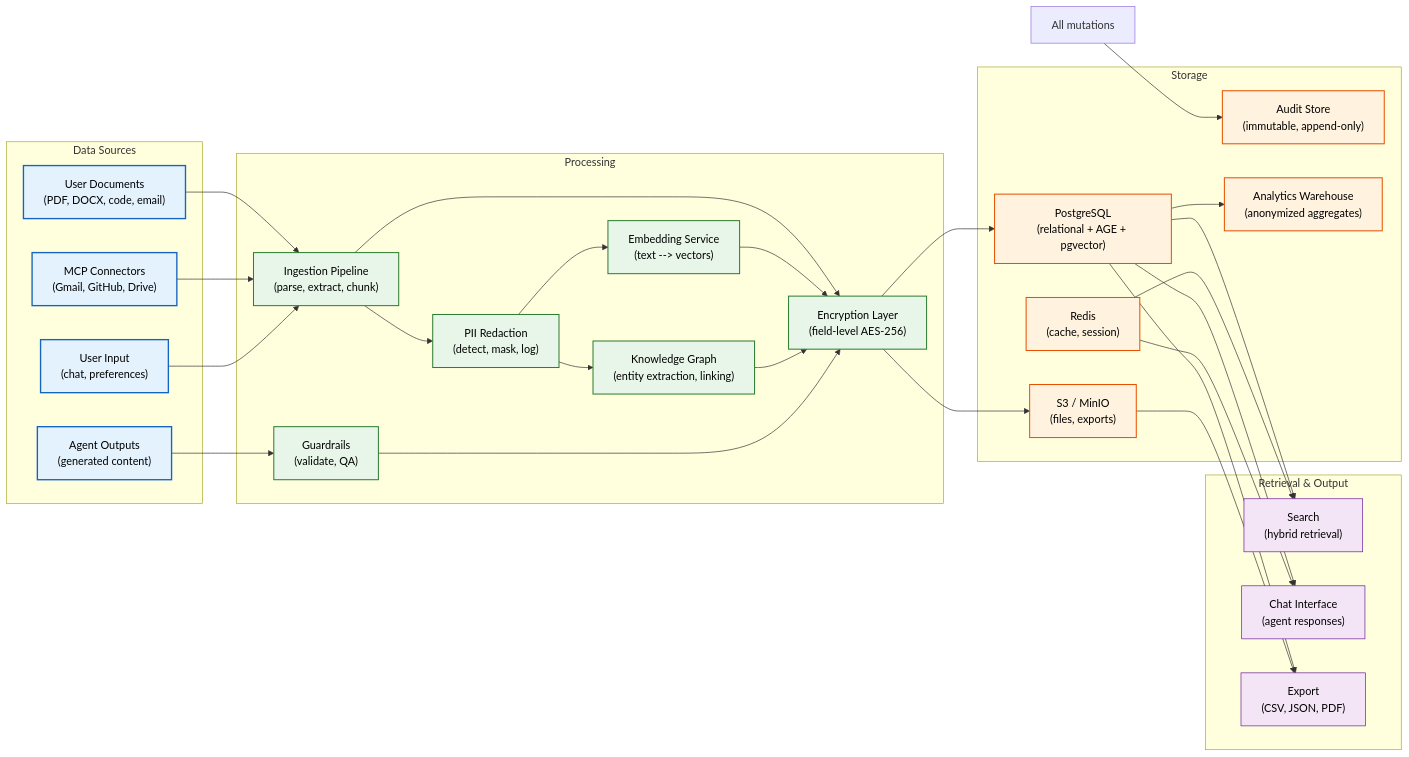
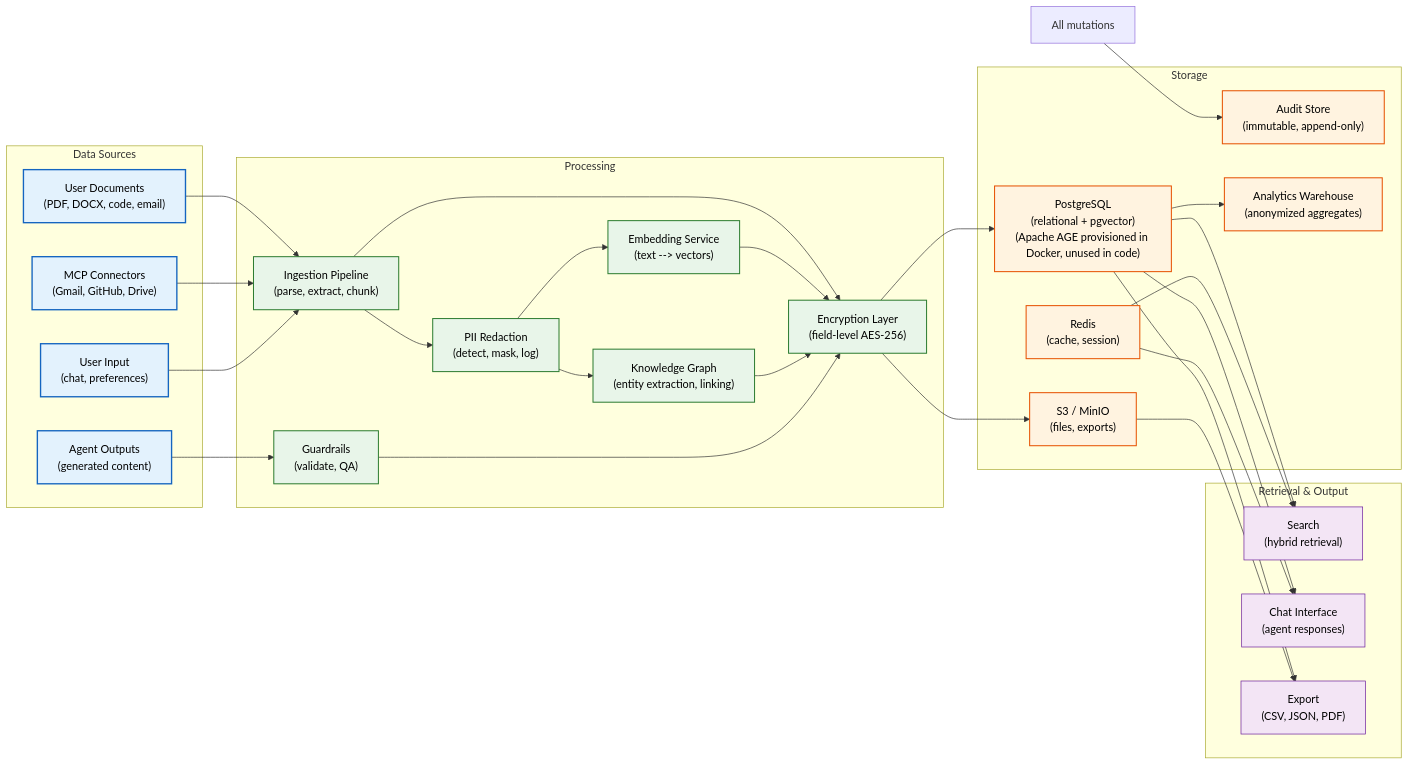
Before and after one commit to Driftloom/Vaeloom: the first of 5 diagrams in docs/architecture/Data-Flow.md, drawn with Mermaid. The commit also changed other lines of this file and 159 other files, not shown here.

````diff
--- a/docs/architecture/Data-Flow.md
+++ b/docs/architecture/Data-Flow.md
@@ -41,46 +52,46 @@
 ```mermaid
 graph LR
     classDef source fill:#e3f2fd,stroke:#1565c0,color:#000,stroke-width:2px
     classDef process fill:#e8f5e9,stroke:#2e7d32,color:#000,stroke-width:1.5px
     classDef store fill:#fff3e0,stroke:#e65100,color:#000,stroke-width:1.5px
     classDef output fill:#f3e5f5,stroke:#6a1b9a,color:#000,stroke-width:1px
 
     subgraph Sources["Data Sources"]
         DOC["User Documents<br/>(PDF, DOCX, code, email)"]:::source
         MCP["MCP Connectors<br/>(Gmail, GitHub, Drive)"]:::source
         USER["User Input<br/>(chat, preferences)"]:::source
         AGENT["Agent Outputs<br/>(generated content)"]:::source
     end
 
     subgraph Processing["Processing"]
     INGEST["Ingestion Pipeline<br/>(parse, extract, chunk)"]:::process
     EMBED["Embedding Service<br/>(text --> vectors)"]:::process
     GRAPH["Knowledge Graph<br/>(entity extraction, linking)"]:::process
     REDACT["PII Redaction<br/>(detect, mask, log)"]:::process
     GUARD["Guardrails<br/>(validate, QA)"]:::process
     ENCRYPT["Encryption Layer<br/>(field-level AES-256)"]:::process
     end
 
     subgraph Storage["Storage"]
-    PG["PostgreSQL<br/>(relational + AGE + pgvector)"]:::store
+    PG["PostgreSQL<br/>(relational + pgvector)<br/>(Apache AGE provisioned in Docker, unused in code)"]:::store
     S3["S3 / MinIO<br/>(files, exports)"]:::store
     REDIS["Redis<br/>(cache, session)"]:::store
     AUDIT_S["Audit Store<br/>(immutable, append-only)"]:::store
     WAREHOUSE["Analytics Warehouse<br/>(anonymized aggregates)"]:::store
     end
 
     subgraph Output["Retrieval & Output"]
     SEARCH["Search<br/>(hybrid retrieval)"]:::output
     CHAT["Chat Interface<br/>(agent responses)"]:::output
     EXPORT["Export<br/>(CSV, JSON, PDF)"]:::output
     end
 
     DOC & MCP --> INGEST --> REDACT --> EMBED & GRAPH
     USER --> INGEST
     AGENT --> GUARD
     INGEST & EMBED & GRAPH & GUARD --> ENCRYPT --> PG & S3
     PG & REDIS --> SEARCH & CHAT
     PG --> WAREHOUSE
     PG & S3 --> EXPORT
     ALL["All mutations"] --> AUDIT_S
 ```
````
